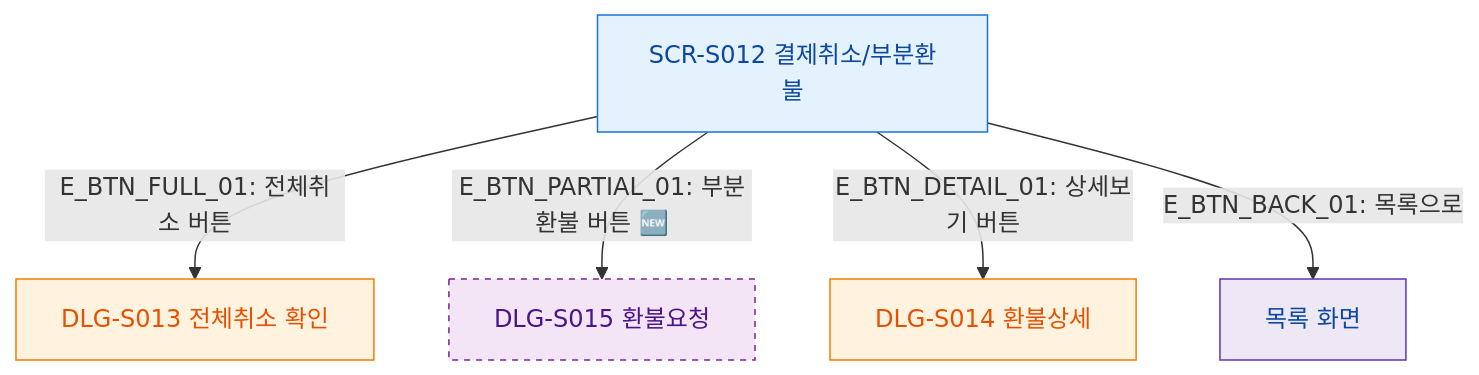
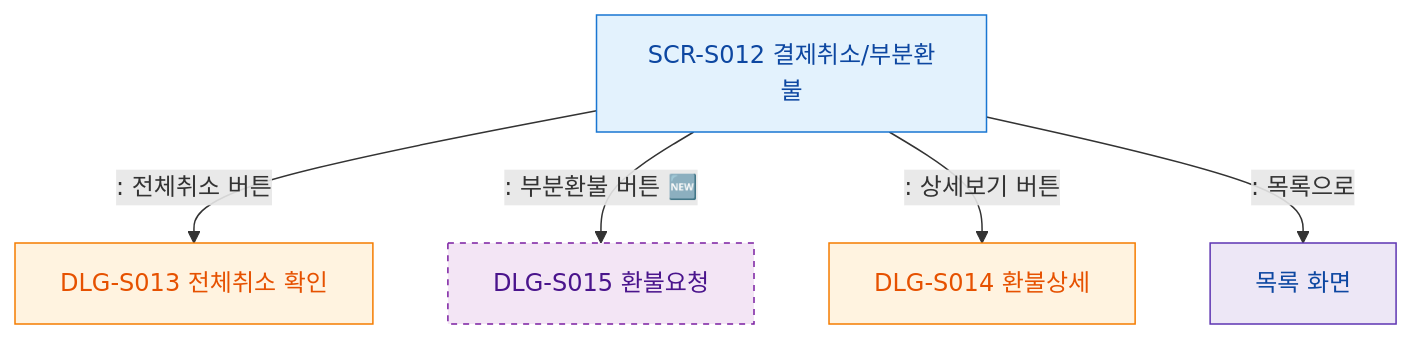
Before and after one commit to dev-spogym/admin-pando: the diagram in docs/다이어그램/D03_매출관리/SCR-S012_결제취소_부분환불/F3_버튼액션.md, drawn with Mermaid. The commit also changed other lines of this file and 1660 other files, not shown here.

First line of the commit message:
다이어그램: 기획자/클라이언트 납품본으로 정리

````diff
--- a/docs/다이어그램/D03_매출관리/SCR-S012_결제취소_부분환불/F3_버튼액션.md
+++ b/docs/다이어그램/D03_매출관리/SCR-S012_결제취소_부분환불/F3_버튼액션.md
@@ -20,19 +18,19 @@
 ```mermaid
 flowchart TD
     S012[SCR-S012 결제취소/부분환불]
 
-    S012 -->|"E_BTN_FULL_01: 전체취소 버튼"| CONFIRM_FULL[DLG-S013 전체취소 확인]
-    S012 -->|"E_BTN_PARTIAL_01: 부분환불 버튼 🆕"| CONFIRM_PARTIAL[DLG-S015 환불요청]
-    S012 -->|"E_BTN_DETAIL_01: 상세보기 버튼"| VIEW_DETAIL[DLG-S014 환불상세]
-    S012 -->|"E_BTN_BACK_01: 목록으로"| BACK_LIST[목록 화면]
+    S012 -->|": 전체취소 버튼"|CONFIRM_FULL[DLG-S013 전체취소 확인]
+    S012 -->|": 부분환불 버튼 🆕"|CONFIRM_PARTIAL[DLG-S015 환불요청]
+    S012 -->|": 상세보기 버튼"|VIEW_DETAIL[DLG-S014 환불상세]
+    S012 -->|": 목록으로"|BACK_LIST[목록 화면]
 
     classDef screen fill:#E3F2FD,stroke:#1976D2,color:#0D47A1
     classDef newFeature fill:#F3E5F5,stroke:#7B1FA2,color:#4A148C,stroke-dasharray:4 4
     classDef modal fill:#FFF3E0,stroke:#F57C00,color:#E65100
     classDef system fill:#EDE7F6,stroke:#5E35B2
 
     class S012,BACK_LIST screen
     class CONFIRM_PARTIAL newFeature
     class CONFIRM_FULL,VIEW_DETAIL modal
     class BACK_LIST system
 ```
````
